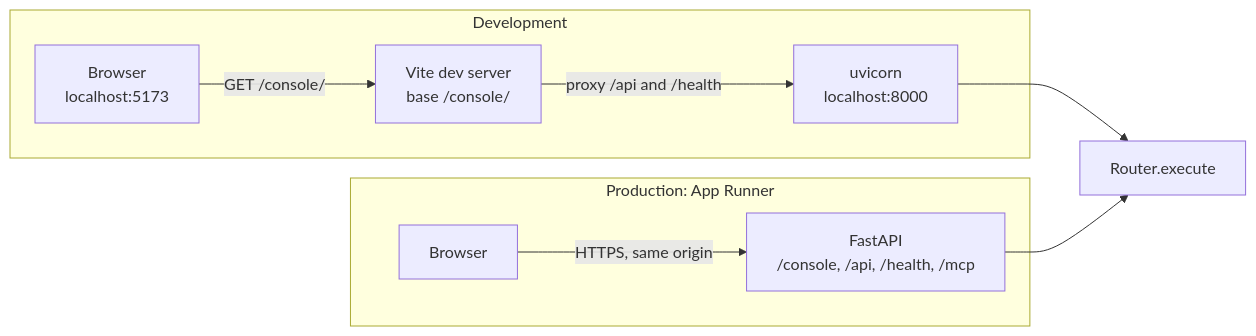
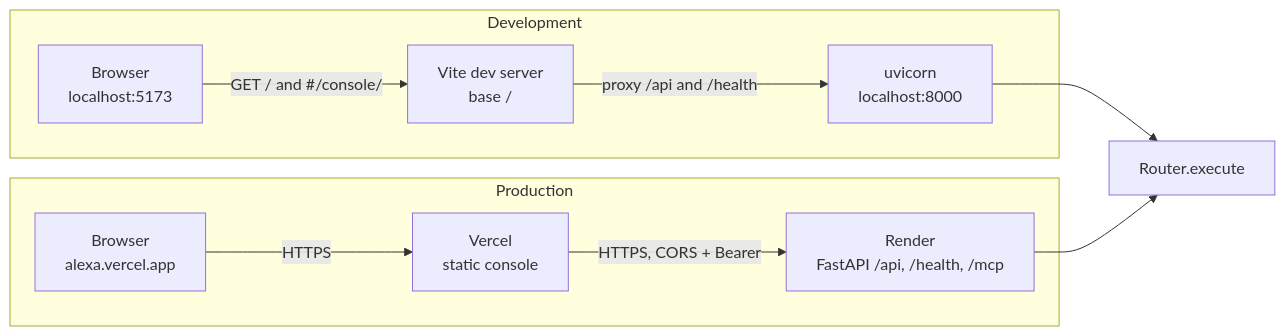
Before and after one commit to Lil-mast/Alexa3.2: the first of 5 diagrams in docs/FRONTEND.md, drawn with Mermaid. The commit also changed other lines of this file and 46 other files, not shown here.

````diff
--- a/docs/FRONTEND.md
+++ b/docs/FRONTEND.md
@@ -44,19 +48,21 @@
 ```mermaid
 flowchart LR
     subgraph dev["Development"]
         browserDev["Browser<br/>localhost:5173"]
-        vite["Vite dev server<br/>base /console/"]
+        vite["Vite dev server<br/>base /"]
         apiDev["uvicorn<br/>localhost:8000"]
-        browserDev -->|"GET /console/"| vite
+        browserDev -->|"GET / and #/console/"| vite
         vite -->|"proxy /api and /health"| apiDev
     end
 
-    subgraph prod["Production: App Runner"]
-        browserProd["Browser"]
-        apiProd["FastAPI<br/>/console, /api, /health, /mcp"]
-        browserProd -->|"HTTPS, same origin"| apiProd
+    subgraph prod["Production"]
+        browserProd["Browser<br/>alexa.vercel.app"]
+        vercel["Vercel<br/>static console"]
+        apiProd["Render<br/>FastAPI /api, /health, /mcp"]
+        browserProd -->|"HTTPS"| vercel
+        vercel -->|"HTTPS, CORS + Bearer"| apiProd
     end
 
     apiDev --> router["Router.execute"]
     apiProd --> router
 ```
````
